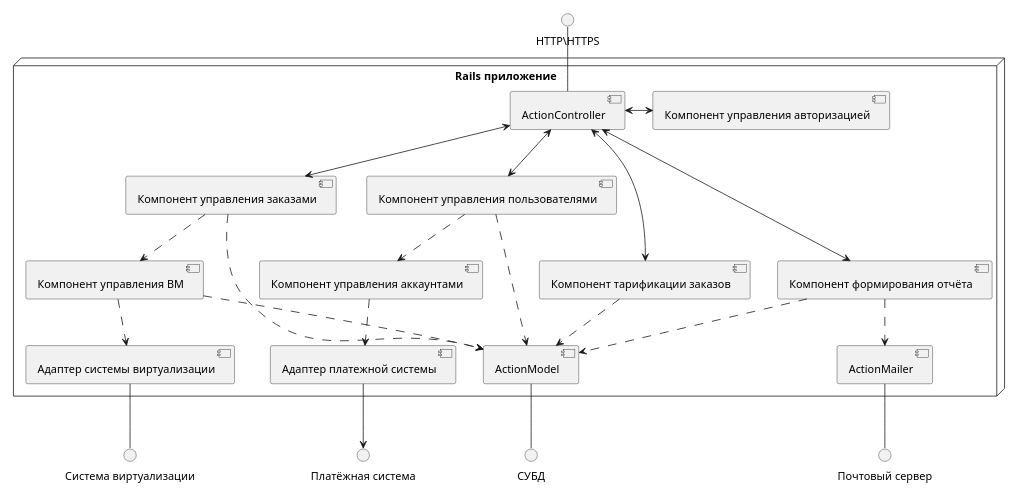
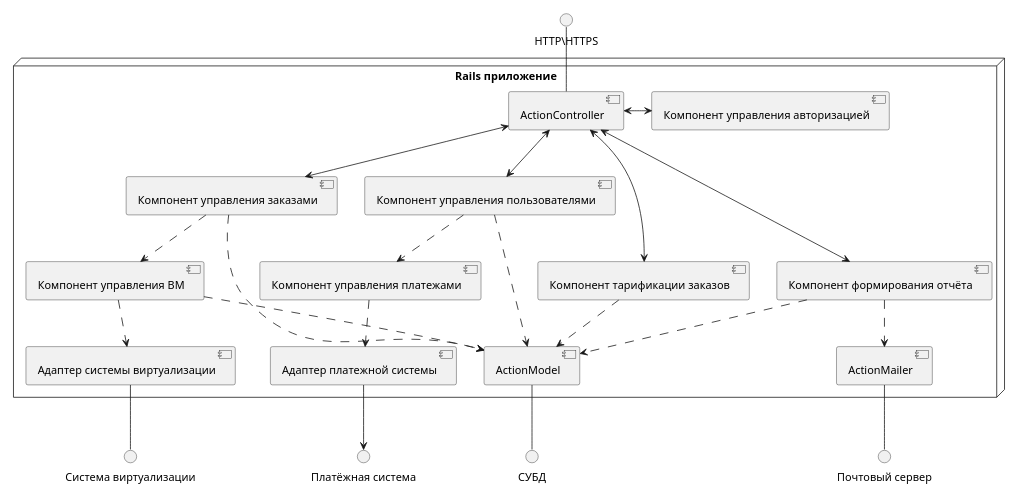
The diagram in images/umls/application_scheme.plantuml (Odebe/Russian-Phd-LaTeX-Dissertation-Template), drawn with PlantUML before and after one commit. The commit also changed 14 other files, not shown here.

```diff
--- a/images/umls/application_scheme.plantuml
+++ b/images/umls/application_scheme.plantuml
@@ -1,52 +1,52 @@
 @startuml application_scheme
 scale 800*800
 
 interface "HTTP\HTTPS" as http
 
 node "Rails приложение" {
   http -down- [ActionController]
 
   [Компонент управления заказами] as [order_control]
   [Компонент управления ВМ] as [vm_control]
   [Адаптер системы виртуализации] as [virt_adapter]
   [Компонент управления пользователями] as [user_control]
-  [Компонент управления аккаунтами] as [account_control]
+  [Компонент управления платежами] as [account_control]
   [Компонент тарификации заказов] as [order_tarification]
   [Компонент формирования отчёта] as [report_generator]
   [Компонент управления авторизацией] as [policy_control]
   [Адаптер платежной системы] as [bank_adapter]
 
 
   [order_control] ..> [ActionModel]
   [order_control] ..> [vm_control]
 
   [user_control] ..> [account_control]
 
   [user_control] ..> [ActionModel]
   [order_tarification] ..> [ActionModel]
   [report_generator] .down.> [ActionMailer]
   [report_generator] ..> [ActionModel]
   [vm_control] ..> [ActionModel]
 
   [ActionController] <-right-> [order_control]
   [ActionController] <-down-> [user_control]
   [ActionController] <---> [order_tarification]
   [ActionController] <---> [report_generator]
   [ActionController] <-right-> [policy_control]
 
   [vm_control] ..> [virt_adapter]
 }
 
 interface "Почтовый сервер" as mail_server
 interface "Система виртуализации" as virt_system
 interface "Платёжная система" as bank
 
 account_control .down.> bank_adapter
 
 bank_adapter --> bank
 
 [ActionMailer] -down- mail_server
 [ActionModel] -down- СУБД
 [virt_adapter] -down- virt_system
 
 @enduml
```
